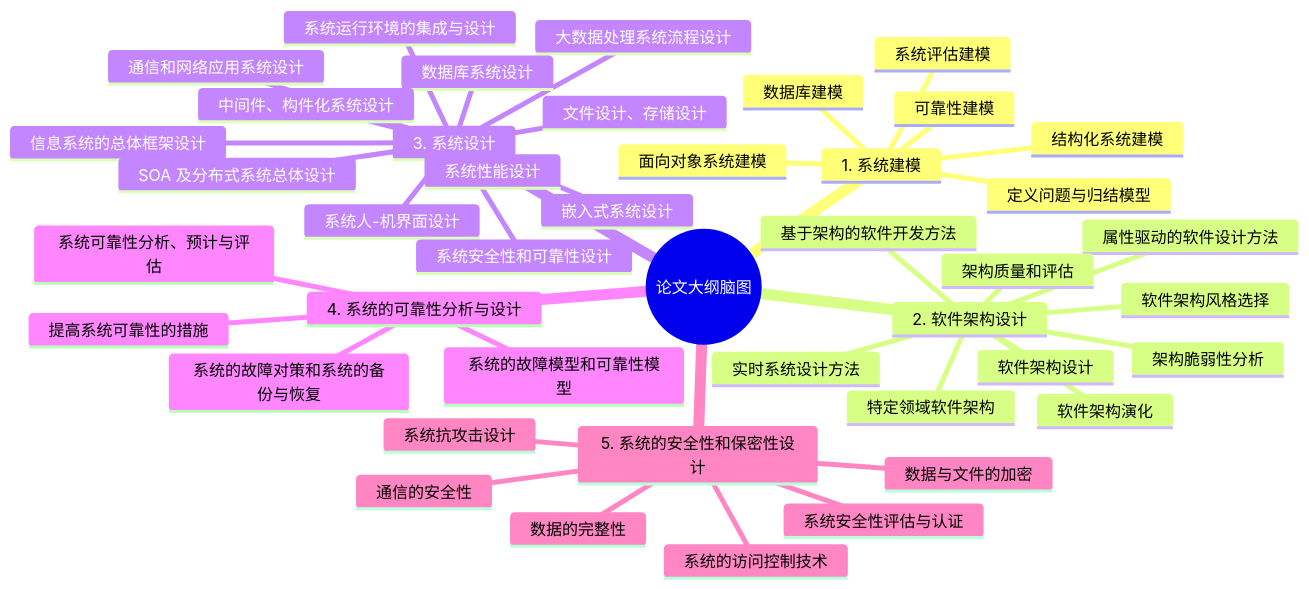
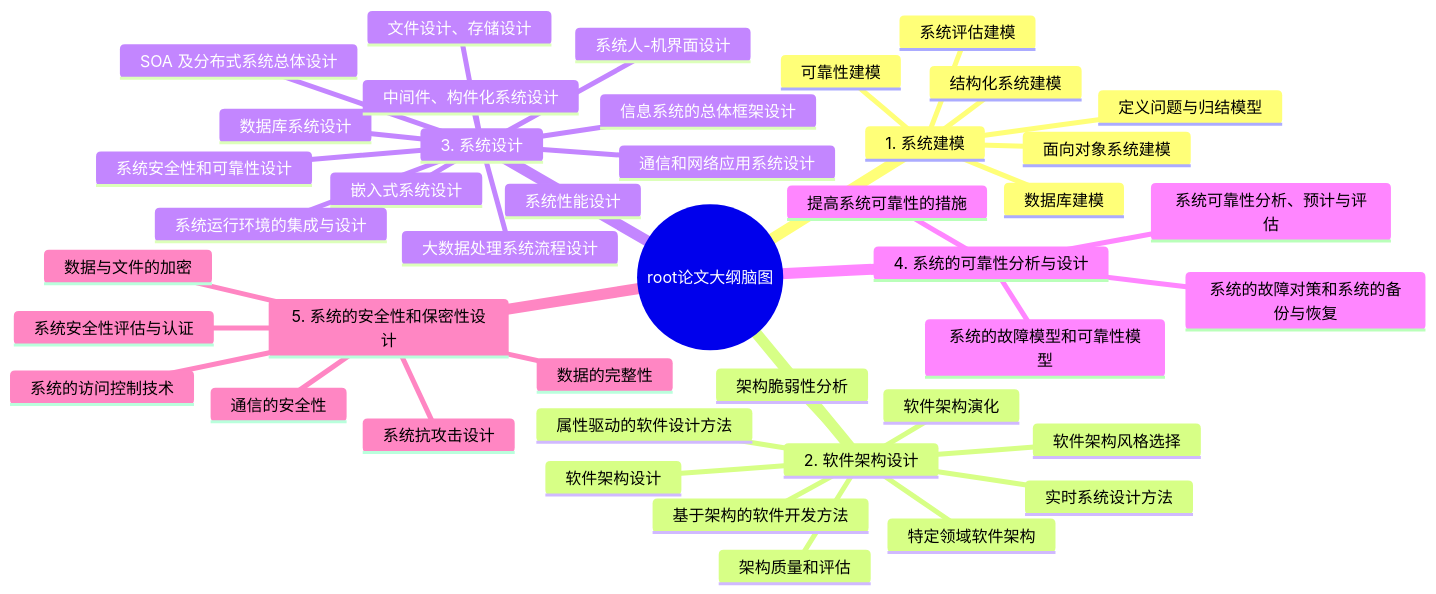
One commit to mingf423/ruankao changed the diagram in docs/system-architecture-designer/01_官方大纲与考试政策/03_论文大纲脑图.md. Above: the diagram before and after it, drawn with Mermaid. The commit also changed other lines of this file, not shown here.

````diff
--- a/docs/system-architecture-designer/01_官方大纲与考试政策/03_论文大纲脑图.md
+++ b/docs/system-architecture-designer/01_官方大纲与考试政策/03_论文大纲脑图.md
@@ -3,46 +13,46 @@
 ```mermaid
 mindmap
-  root((论文大纲脑图))
+  root((root论文大纲脑图))
     1. 系统建模
       定义问题与归结模型
       结构化系统建模
       面向对象系统建模
       数据库建模
       可靠性建模
       系统评估建模
     2. 软件架构设计
       软件架构风格选择
       软件架构设计
       特定领域软件架构
       基于架构的软件开发方法
       属性驱动的软件设计方法
       实时系统设计方法
       软件架构演化
       架构质量和评估
       架构脆弱性分析
     3. 系统设计
       信息系统的总体框架设计
       大数据处理系统流程设计
       SOA 及分布式系统总体设计
       系统人-机界面设计
       嵌入式系统设计
       数据库系统设计
       文件设计、存储设计
       通信和网络应用系统设计
       系统运行环境的集成与设计
       系统性能设计
       系统安全性和可靠性设计
       中间件、构件化系统设计
     4. 系统的可靠性分析与设计
       系统的故障模型和可靠性模型
       提高系统可靠性的措施
       系统的故障对策和系统的备份与恢复
       系统可靠性分析、预计与评估
     5. 系统的安全性和保密性设计
       系统的访问控制技术
       数据的完整性
       数据与文件的加密
       系统抗攻击设计
       通信的安全性
       系统安全性评估与认证
 ```
````
